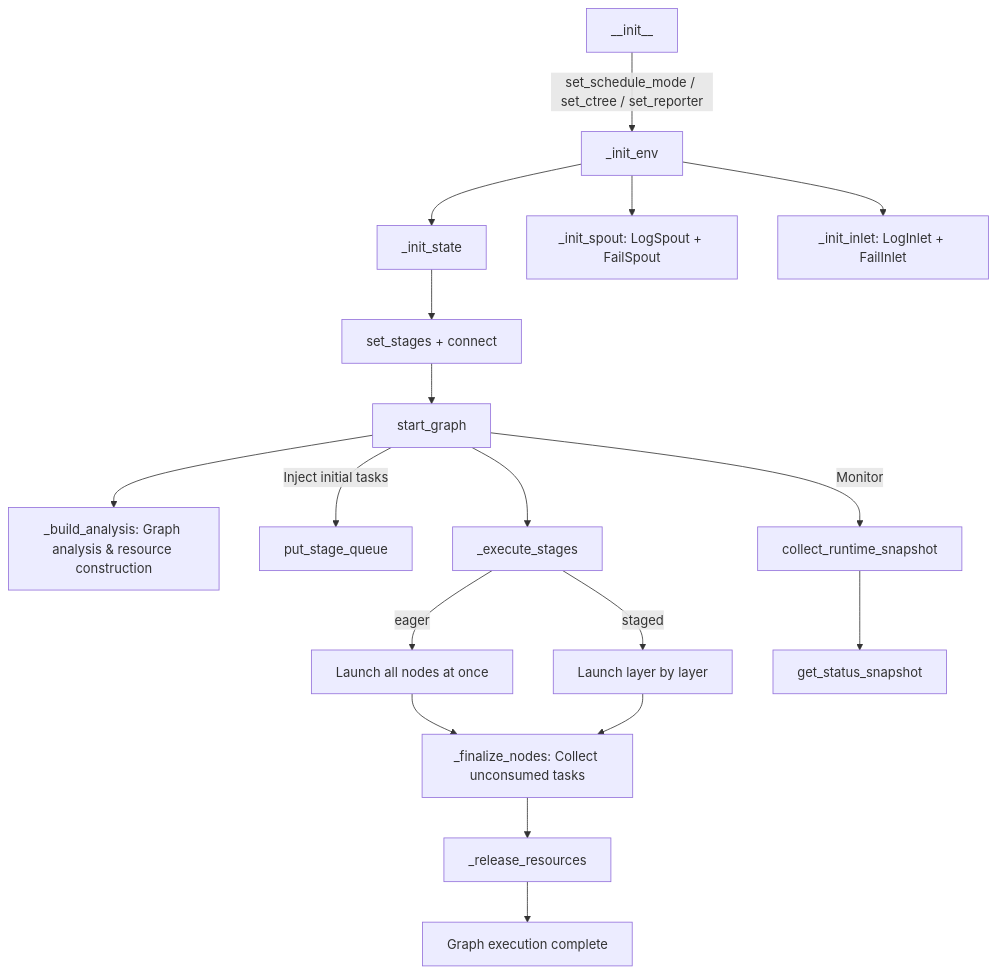
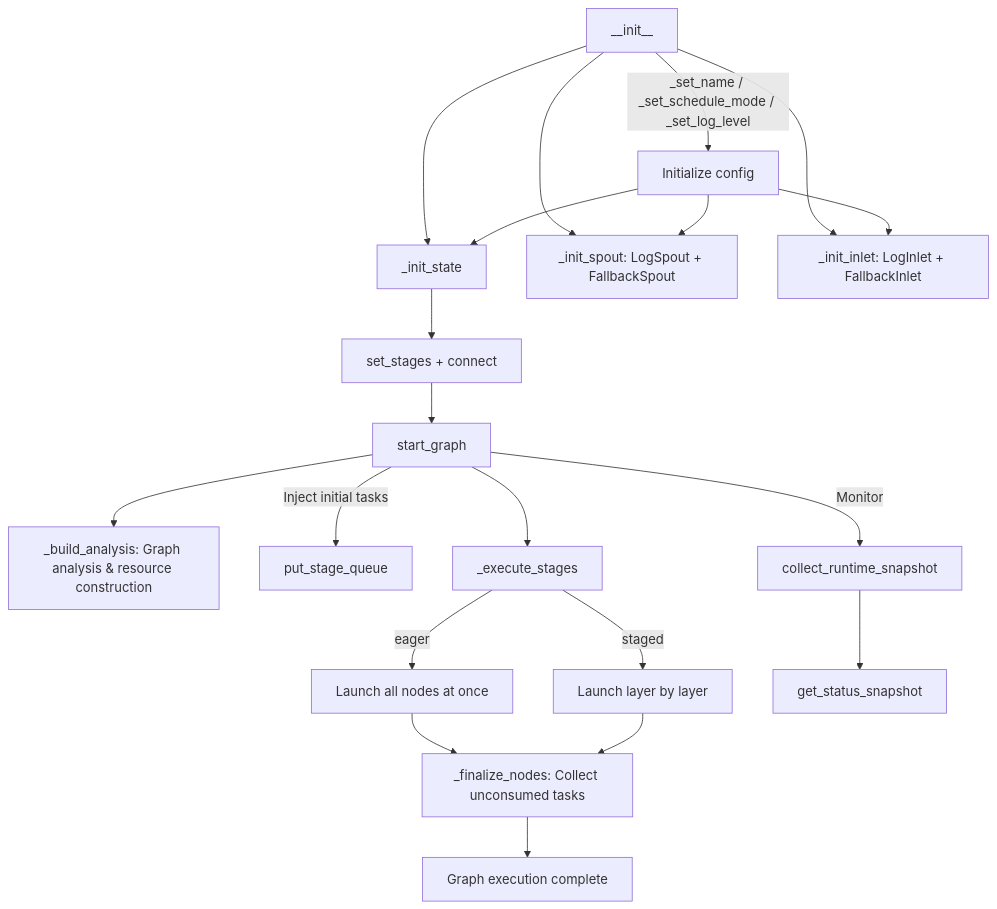
Before and after one commit to Mr-xiaotian/CelestialFlow: the diagram in docs/en/src/graph/core_graph.md, drawn with Mermaid. The commit also changed other lines of this file and 156 other files, not shown here.

````diff
--- a/docs/en/src/graph/core_graph.md
+++ b/docs/en/src/graph/core_graph.md
@@ -217,21 +217,23 @@
 ```mermaid
 flowchart TD
-    INIT[__init__] -->|set_schedule_mode / set_ctree / set_reporter| ENV[_init_env]
-    ENV --> STATE[_init_state]
-    ENV --> SPOUT[_init_spout: LogSpout + FailSpout]
-    ENV --> INLET[_init_inlet: LogInlet + FailInlet]
+    INIT[__init__] -->|_set_name / _set_schedule_mode / _set_log_level| SET[Initialize config]
+    INIT --> STATE[_init_state]
+    INIT --> SPOUT[_init_spout: LogSpout + FallbackSpout]
+    INIT --> INLET[_init_inlet: LogInlet + FallbackInlet]
+    SET --> STATE
+    SET --> SPOUT
+    SET --> INLET
     STATE --> BUILD[set_stages + connect]
     BUILD --> START[start_graph]
     START --> ANALYSIS[_build_analysis: Graph analysis & resource construction]
     START -->|Inject initial tasks| PUT[put_stage_queue]
     START --> EXEC[_execute_stages]
     EXEC -->|eager| ALL[Launch all nodes at once]
     EXEC -->|staged| LAYER[Launch layer by layer]
     ALL --> FINALIZE[_finalize_nodes: Collect unconsumed tasks]
     LAYER --> FINALIZE
-    FINALIZE --> RELEASE[_release_resources]
-    RELEASE --> END[Graph execution complete]
-    
+    FINALIZE --> END[Graph execution complete]
+
     START -->|Monitor| SNAPSHOT[collect_runtime_snapshot]
     SNAPSHOT --> STATUS[get_status_snapshot]
 ```
````
